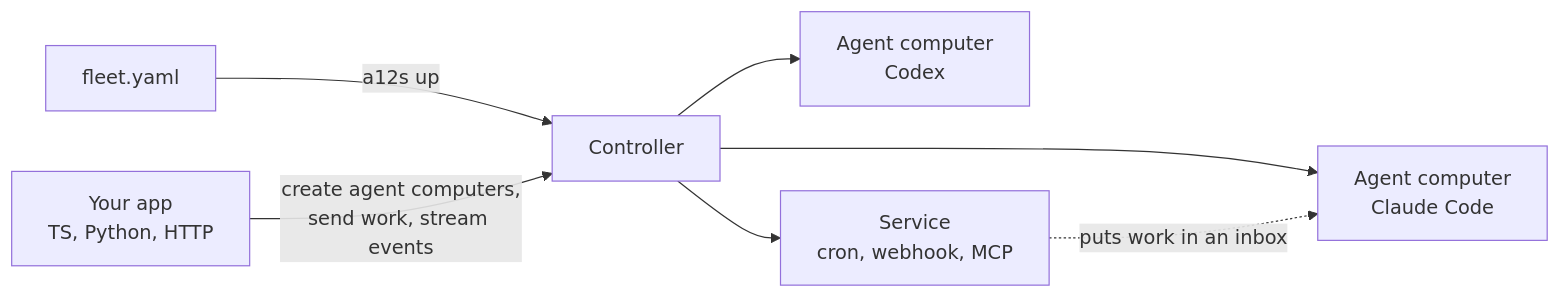
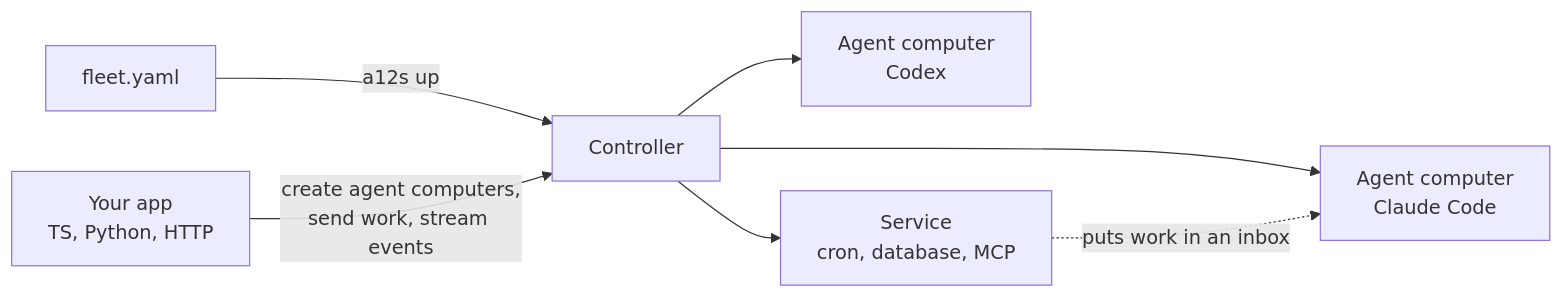
Before and after one commit to coltonkirsten/a12s: the diagram in README.md, drawn with Mermaid. The commit also changed other lines of this file and 99 other files, not shown here.

````diff
--- a/README.md
+++ b/README.md
@@ -99,9 +99,9 @@
 ```mermaid
 flowchart LR
   F["fleet.yaml"] -- "a12s up" --> C["Controller"]
   App["Your app<br/>TS, Python, HTTP"] -- "create agent computers,<br/>send work, stream events" --> C
   C --> A["Agent computer<br/>Claude Code"]
   C --> B["Agent computer<br/>Codex"]
-  C --> S["Service<br/>cron, webhook, MCP"]
+  C --> S["Service<br/>cron, database, MCP"]
   S -. "puts work in an inbox" .-> A
 ```
````
